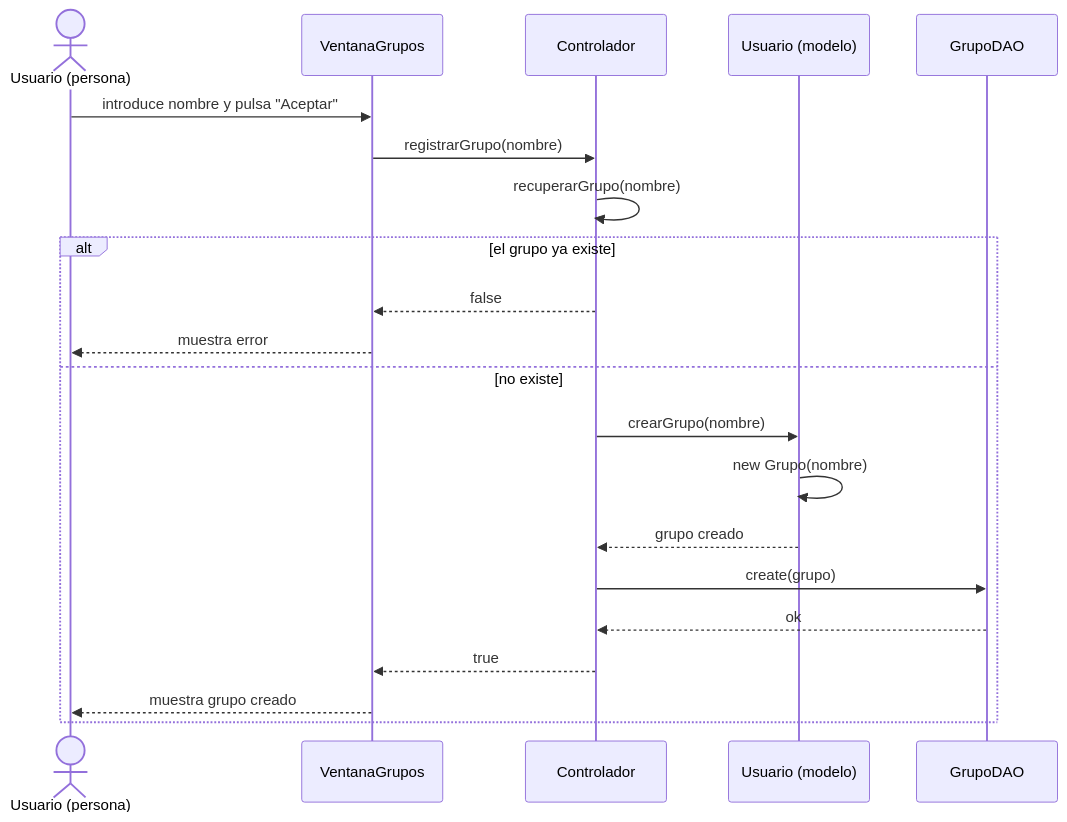
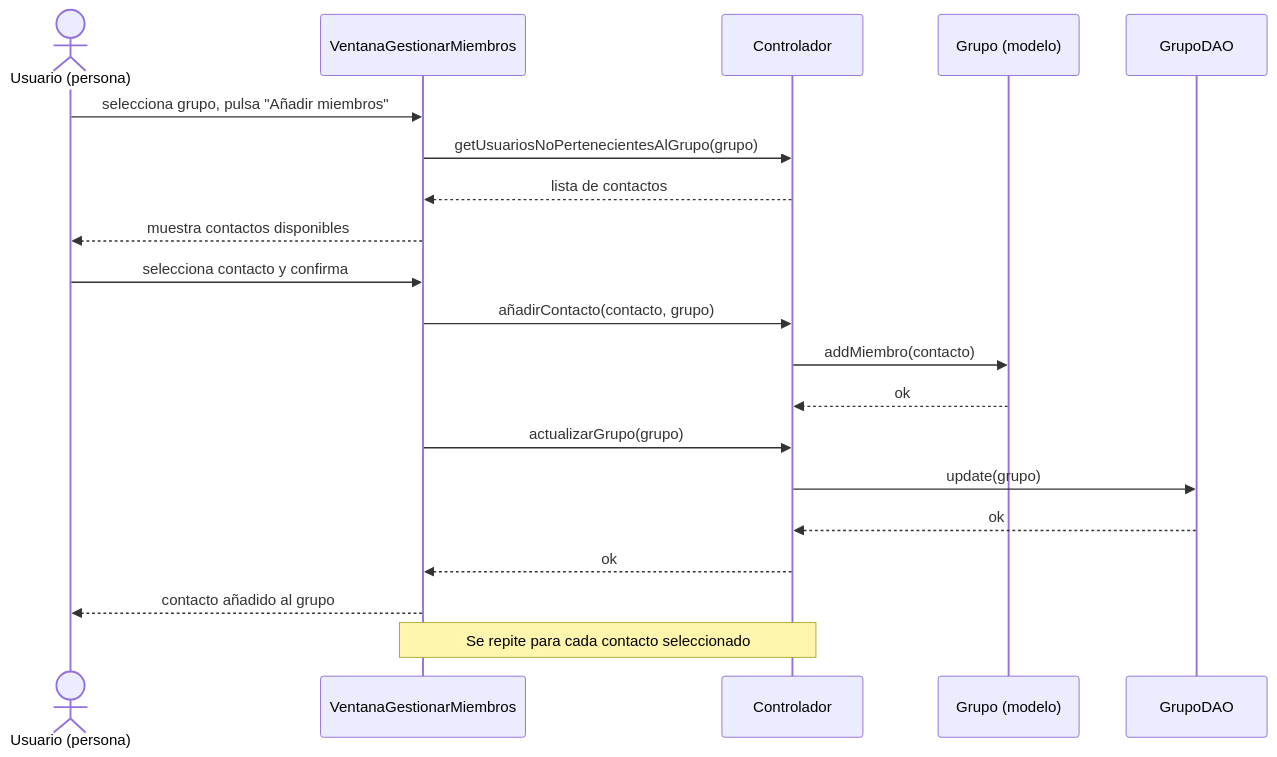
One commit to ibracb/appchat changed the diagram in docs/diagrama-secuencia.md. Above: the diagram before and after it, drawn with Mermaid. The commit also changed other lines of this file and 1 other file, not shown here.

Commit message:
cambios diagrama secuencia
antes era crear grupo, ahora es añadir contacto a grupo

````diff
--- a/docs/diagrama-secuencia.md
+++ b/docs/diagrama-secuencia.md
@@ -5,24 +5,23 @@
 ```mermaid
 sequenceDiagram
     actor Usuario as Usuario (persona)
-    participant Vista as VentanaGrupos
+    participant Vista as VentanaGestionarMiembros
     participant Ctrl as Controlador
-    participant Modelo as Usuario (modelo)
+    participant Modelo as Grupo (modelo)
     participant DAO as GrupoDAO
 
-    Usuario ->> Vista: introduce nombre y pulsa "Aceptar"
-    Vista ->> Ctrl: registrarGrupo(nombre)
-    Ctrl ->> Ctrl: recuperarGrupo(nombre)
-    alt el grupo ya existe
-        Ctrl -->> Vista: false
-        Vista -->> Usuario: muestra error
-    else no existe
-        Ctrl ->> Modelo: crearGrupo(nombre)
-        Modelo ->> Modelo: new Grupo(nombre)
-        Modelo -->> Ctrl: grupo creado
-        Ctrl ->> DAO: create(grupo)
-        DAO -->> Ctrl: ok
-        Ctrl -->> Vista: true
-        Vista -->> Usuario: muestra grupo creado
-    end
+    Usuario ->> Vista: selecciona grupo, pulsa "Añadir miembros"
+    Vista ->> Ctrl: getUsuariosNoPertenecientesAlGrupo(grupo)
+    Ctrl -->> Vista: lista de contactos
+    Vista -->> Usuario: muestra contactos disponibles
+    Usuario ->> Vista: selecciona contacto y confirma
+    Vista ->> Ctrl: añadirContacto(contacto, grupo)
+    Ctrl ->> Modelo: addMiembro(contacto)
+    Modelo -->> Ctrl: ok
+    Vista ->> Ctrl: actualizarGrupo(grupo)
+    Ctrl ->> DAO: update(grupo)
+    DAO -->> Ctrl: ok
+    Ctrl -->> Vista: ok
+    Vista -->> Usuario: contacto añadido al grupo
+    Note over Vista,Ctrl: Se repite para cada contacto seleccionado
 ```
````
